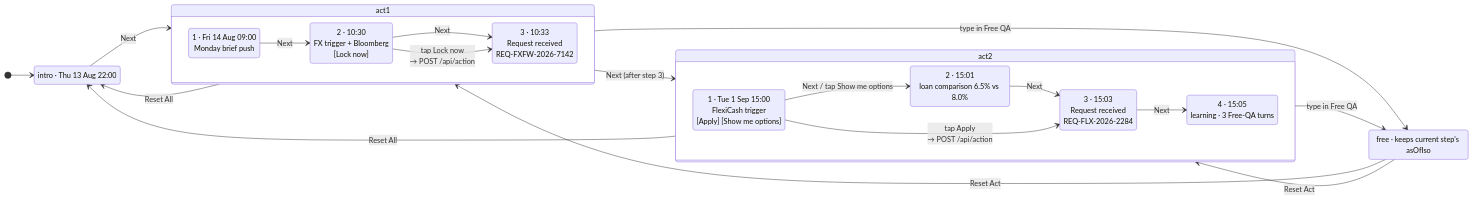
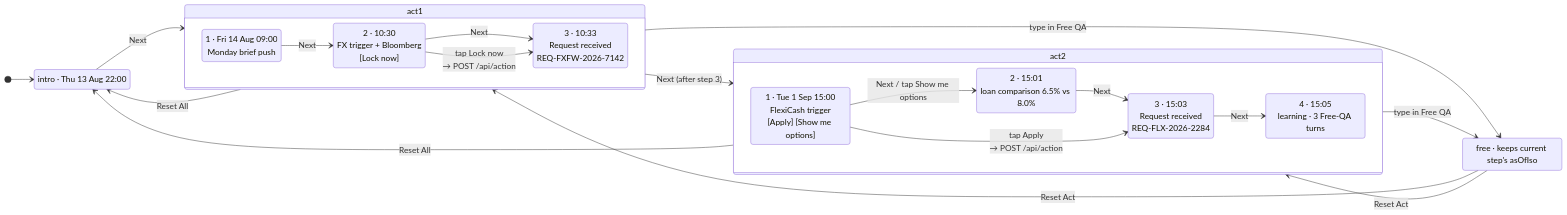
One commit to ipark399/hanisa-ai changed the third of 4 diagrams in docs/01-code-map-and-integration-seams.md. Above: the diagram before and after it, drawn with Mermaid. The commit also changed other lines of this file and 1 other file, not shown here.

First line of the commit message:
docs: render the four diagrams larger

````diff
--- a/docs/01-code-map-and-integration-seams.md
+++ b/docs/01-code-map-and-integration-seams.md
@@ -419,35 +421,36 @@
 ```mermaid
+%%{init: {"themeVariables": {"fontSize": "18px"}}}%%
 stateDiagram-v2
   direction LR
   [*] --> intro
   state "intro · Thu 13 Aug 22:00" as intro
   state "act1" as act1 {
     direction LR
     a1s1: 1 · Fri 14 Aug 09:00<br/>Monday brief push
     a1s2: 2 · 10:30<br/>FX trigger + Bloomberg<br/>[Lock now]
     a1s3: 3 · 10:33<br/>Request received<br/>REQ-FXFW-2026-7142
     a1s1 --> a1s2: Next
     a1s2 --> a1s3: Next
     a1s2 --> a1s3: tap Lock now<br/>→ POST /api/action
   }
   state "act2" as act2 {
     direction LR
     a2s1: 1 · Tue 1 Sep 15:00<br/>FlexiCash trigger<br/>[Apply] [Show me options]
     a2s2: 2 · 15:01<br/>loan comparison 6.5% vs 8.0%
     a2s3: 3 · 15:03<br/>Request received<br/>REQ-FLX-2026-2284
     a2s4: 4 · 15:05<br/>learning · 3 Free-QA turns
     a2s1 --> a2s2: Next / tap Show me options
     a2s2 --> a2s3: Next
     a2s1 --> a2s3: tap Apply<br/>→ POST /api/action
     a2s3 --> a2s4: Next
   }
   intro --> act1: Next
   act1 --> act2: Next (after step 3)
   act1 --> free: type in Free QA
   act2 --> free: type in Free QA
   state "free · keeps current step's asOfIso" as free
   free --> act1: Reset Act
   free --> act2: Reset Act
   act2 --> intro: Reset All
   act1 --> intro: Reset All
 ```
````
